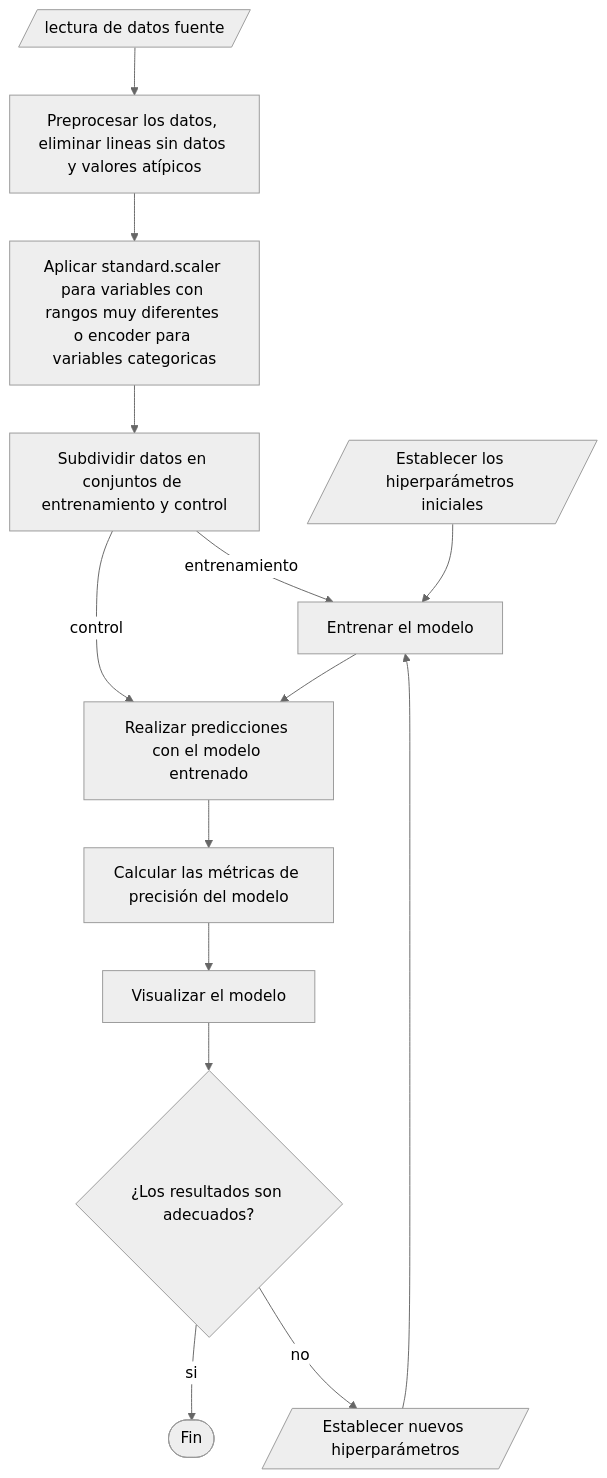
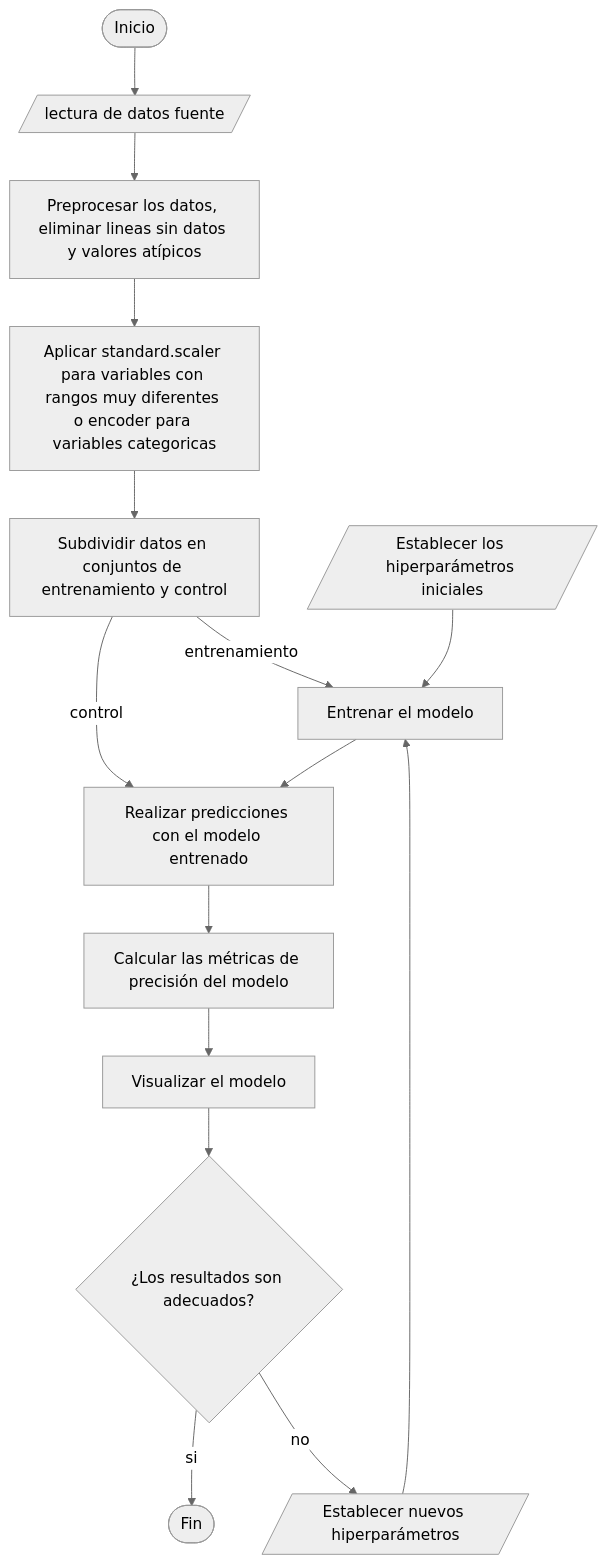
Before and after one commit to vshalisko/PythonIntro: the diagram in Unidad_3/Proyecto_4_algoritmo.mermaid, drawn with Mermaid (neutral theme).

```diff
--- a/Unidad_3/Proyecto_4_algoritmo.mermaid
+++ b/Unidad_3/Proyecto_4_algoritmo.mermaid
@@ -1,15 +1,16 @@
 flowchart TD
+  A0([Inicio]) --> A
   A[/lectura de datos fuente/] --> B
   B[Preprocesar los datos, eliminar lineas sin datos y valores atípicos] --> C
   C[Aplicar standard.scaler para variables con rangos muy diferentes o encoder para variables categoricas] --> D
   D[Subdividir datos en conjuntos de entrenamiento y control] -- entrenamiento --> E
   D -- control --> F
   Hp[/Establecer los hiperparámetros iniciales/] --> E
   E[Entrenar el modelo] --> F
   F[Realizar predicciones con el modelo entrenado] --> G
   G[Calcular las métricas de precisión del modelo] --> H
   H[Visualizar el modelo] --> I
   I{¿Los resultados son adecuados?} -- si --> Z
   I -- no --> HpN
   HpN[/Establecer nuevos hiperparámetros/] --> E
   Z([Fin])
```
